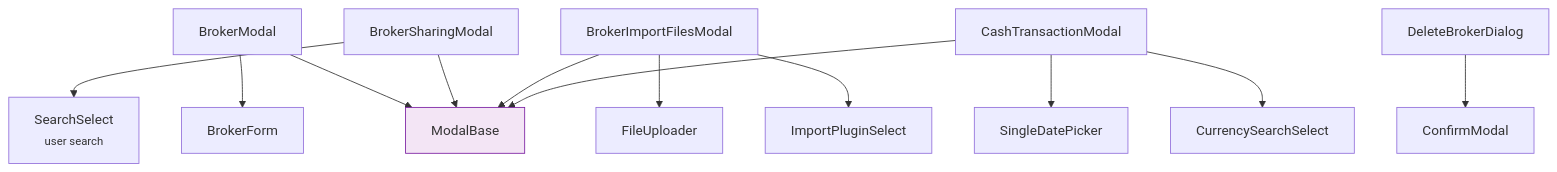
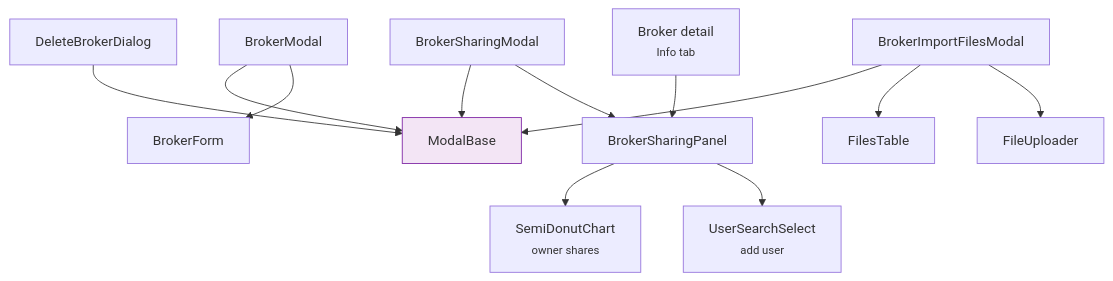
One commit to Librefolio/LibreFolio changed the diagram in mkdocs_src/docs/developer/frontend/components/features/brokers/modals.md. Above: the diagram before and after it, drawn with Mermaid. The commit also changed other lines of this file and 48 other files, not shown here.

````diff
--- a/mkdocs_src/docs/developer/frontend/components/features/brokers/modals.md
+++ b/mkdocs_src/docs/developer/frontend/components/features/brokers/modals.md
@@ -5,22 +5,21 @@
 ```mermaid
 graph TD
     MB["ModalBase"]
 
     BM["BrokerModal"] --> BF["BrokerForm"]
     BM --> MB
 
-    BSM["BrokerSharingModal"] --> SrS["SearchSelect<br/><small>user search</small>"]
+    BSM["BrokerSharingModal"] --> BSP["BrokerSharingPanel"]
     BSM --> MB
+    INFO["Broker detail<br/><small>Info tab</small>"] --> BSP
+    BSP --> USS["UserSearchSelect<br/><small>add user</small>"]
+    BSP --> SDC["SemiDonutChart<br/><small>owner shares</small>"]
 
-    BIM["BrokerImportFilesModal"] --> IPS["ImportPluginSelect"]
-    BIM --> FU["FileUploader"]
+    BIM["BrokerImportFilesModal"] --> FU["FileUploader"]
+    BIM --> FT["FilesTable"]
     BIM --> MB
 
-    DBD["DeleteBrokerDialog"] --> CM["ConfirmModal"]
-
-    CTM["CashTransactionModal"] --> CSS["CurrencySearchSelect"]
-    CTM --> SDP["SingleDatePicker"]
-    CTM --> MB
+    DBD["DeleteBrokerDialog"] --> MB
 
     style MB fill:#f3e5f5,stroke:#7b1fa2
 ```
````
